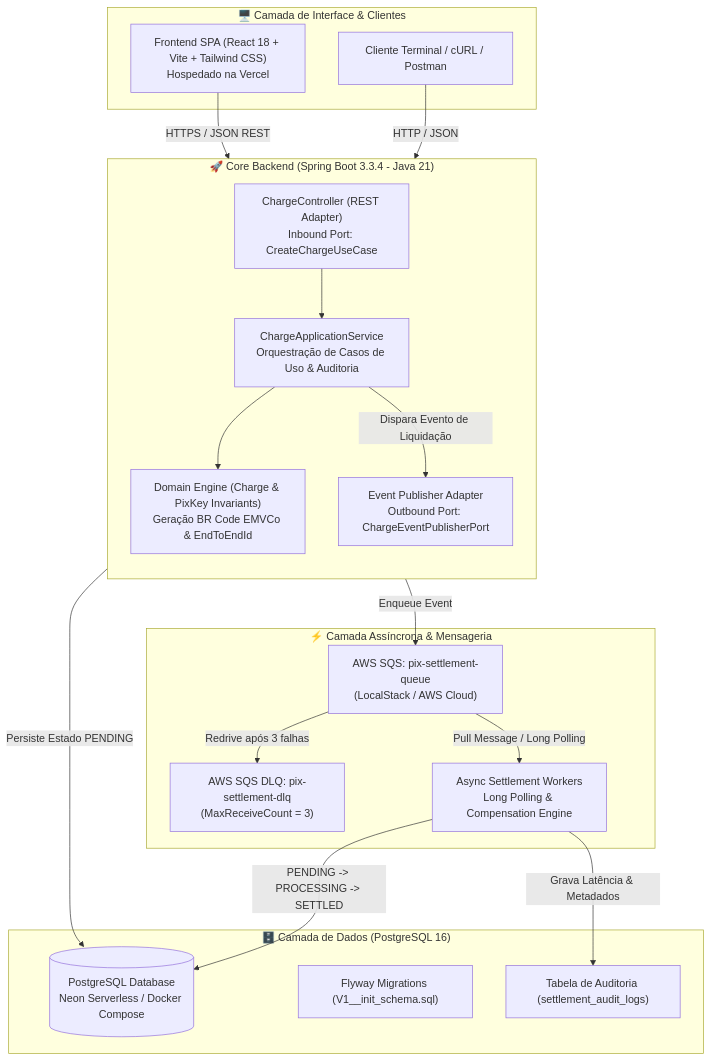
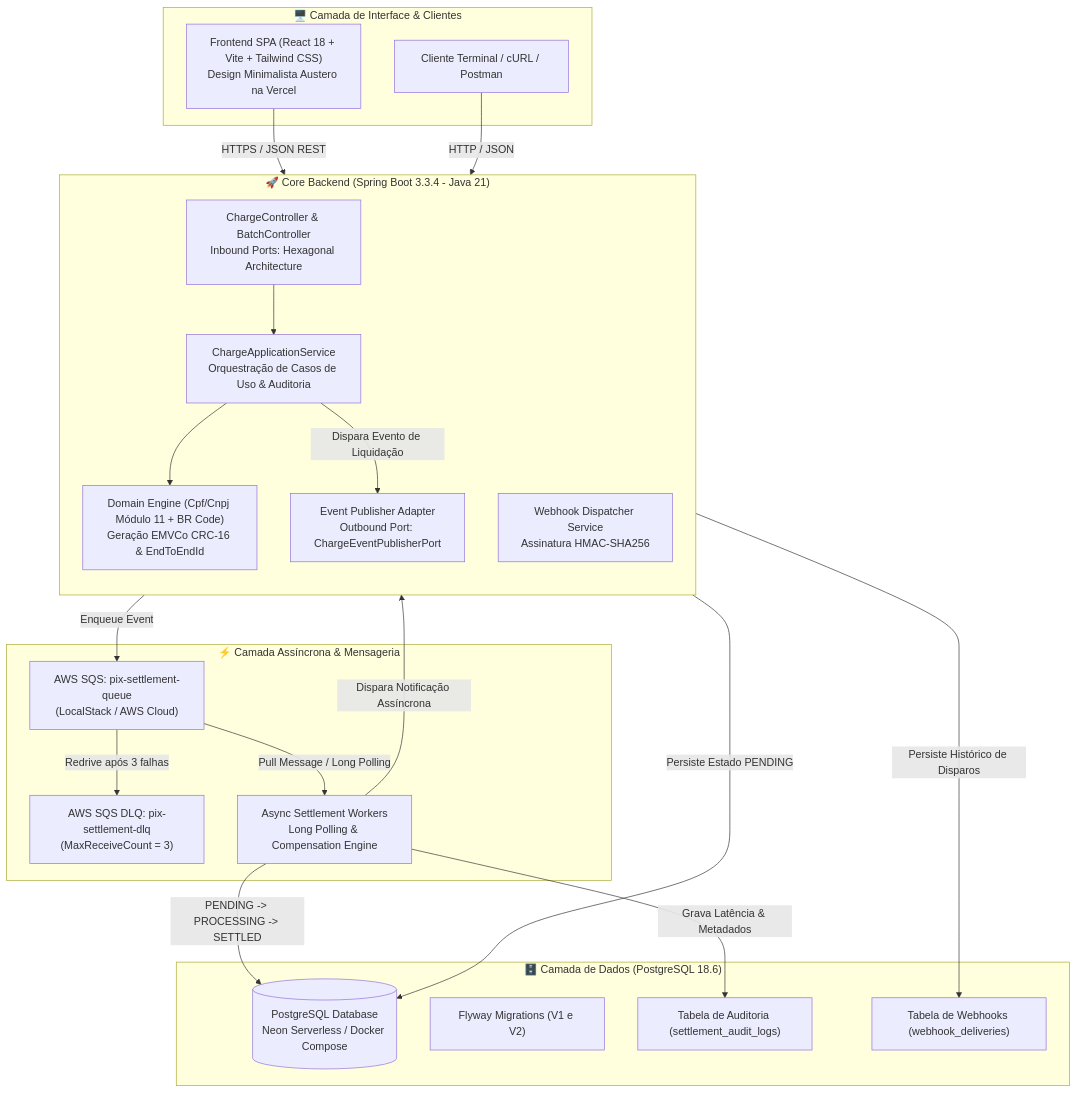
Before and after one commit to matheus-araujo-pereira/pix-flow: the first of 3 diagrams in README.md, drawn with Mermaid. The commit also changed other lines of this file and 43 other files, not shown here.

Commit message:
feat: expand PixFlow with fintech dashboard, modulo 11 validators, batch concurrency, webhooks and interactive tutorial

````diff
--- a/README.md
+++ b/README.md
@@ -45,39 +48,43 @@
 ```mermaid
 graph TD
     subgraph ClientLayer["🖥️ Camada de Interface & Clientes"]
-        SPA["Frontend SPA (React 18 + Vite + Tailwind CSS)<br/>Hospedado na Vercel"]
+        SPA["Frontend SPA (React 18 + Vite + Tailwind CSS)<br/>Design Minimalista Austero na Vercel"]
         CLI["Cliente Terminal / cURL / Postman"]
     end
 
     subgraph ApiGateway["🚀 Core Backend (Spring Boot 3.3.4 - Java 21)"]
         direction TB
-        Controller["ChargeController (REST Adapter)<br/>Inbound Port: CreateChargeUseCase"]
-        Domain["Domain Engine (Charge & PixKey Invariants)<br/>Geração BR Code EMVCo & EndToEndId"]
+        Controller["ChargeController & BatchController<br/>Inbound Ports: Hexagonal Architecture"]
+        Domain["Domain Engine (Cpf/Cnpj Módulo 11 + BR Code)<br/>Geração EMVCo CRC-16 & EndToEndId"]
         AppService["ChargeApplicationService<br/>Orquestração de Casos de Uso & Auditoria"]
         EventAdapter["Event Publisher Adapter<br/>Outbound Port: ChargeEventPublisherPort"]
+        WebhookDispatcher["Webhook Dispatcher Service<br/>Assinatura HMAC-SHA256"]
     end
 
-    subgraph StorageLayer["🗄️ Camada de Dados (PostgreSQL 16)"]
+    subgraph StorageLayer["🗄️ Camada de Dados (PostgreSQL 18.6)"]
         DB[(PostgreSQL Database<br/>Neon Serverless / Docker Compose)]
-        Flyway["Flyway Migrations (V1__init_schema.sql)"]
+        Flyway["Flyway Migrations (V1 e V2)"]
         AuditTable["Tabela de Auditoria (settlement_audit_logs)"]
+        WebhookTable["Tabela de Webhooks (webhook_deliveries)"]
     end
 
     subgraph MessagingLayer["⚡ Camada Assíncrona & Mensageria"]
         SQS["AWS SQS: pix-settlement-queue<br/>(LocalStack / AWS Cloud)"]
         DLQ["AWS SQS DLQ: pix-settlement-dlq<br/>(MaxReceiveCount = 3)"]
         Workers["Async Settlement Workers<br/>Long Polling & Compensation Engine"]
     end
 
     SPA -->|HTTPS / JSON REST| Controller
     CLI -->|HTTP / JSON| Controller
     Controller --> AppService
     AppService --> Domain
     AppService -->|Persiste Estado PENDING| DB
     AppService -->|Dispara Evento de Liquidação| EventAdapter
     EventAdapter -->|Enqueue Event| SQS
     SQS -->|Redrive após 3 falhas| DLQ
     SQS -->|Pull Message / Long Polling| Workers
     Workers -->|PENDING -> PROCESSING -> SETTLED| DB
     Workers -->|Grava Latência & Metadados| AuditTable
+    Workers -->|Dispara Notificação Assíncrona| WebhookDispatcher
+    WebhookDispatcher -->|Persiste Histórico de Disparos| WebhookTable
 ```
````
